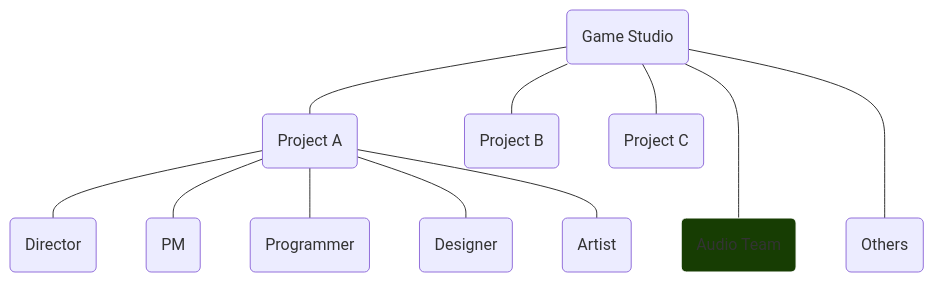
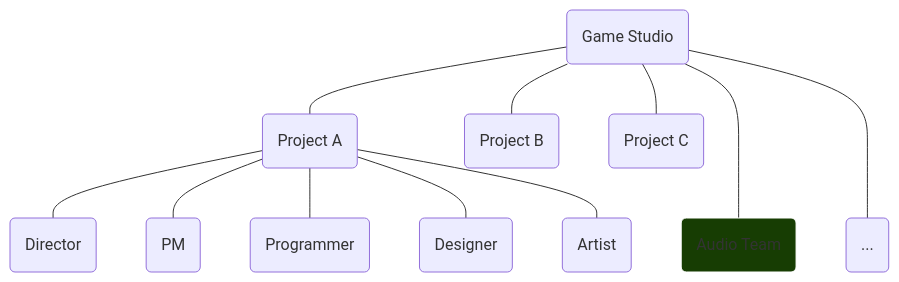
Before and after one commit to SounDoer/Game-Audio-Design-Slidev: the second of 3 diagrams in pages/dev-workflow.md, drawn with Mermaid. The commit also changed other lines of this file, not shown here.

````diff
--- a/pages/dev-workflow.md
+++ b/pages/dev-workflow.md
@@ -46,14 +46,14 @@
 ```mermaid {theme: 'base', scale: '1', themeVariables:{fontSize: '16px', primaryTextColor: '#fff',primaryColor: '#828181', 'lineColor': '#fff'}}
 graph TD
   root(Game Studio) --- A(Project A)
     A --- A1(Director)
     A --- A2(PM)
     A --- A3(Programmer)
     A --- A4(Designer)
     A --- A5(Artist)
   root --- B(Project B)
   root --- C(Project C)
   root ---- D(Audio Team)
-  root ---- E(Others)
+  root ---- E(...)
 style D fill:#173d03, stroke:#fff, stroke-width:1px
 ```
````
